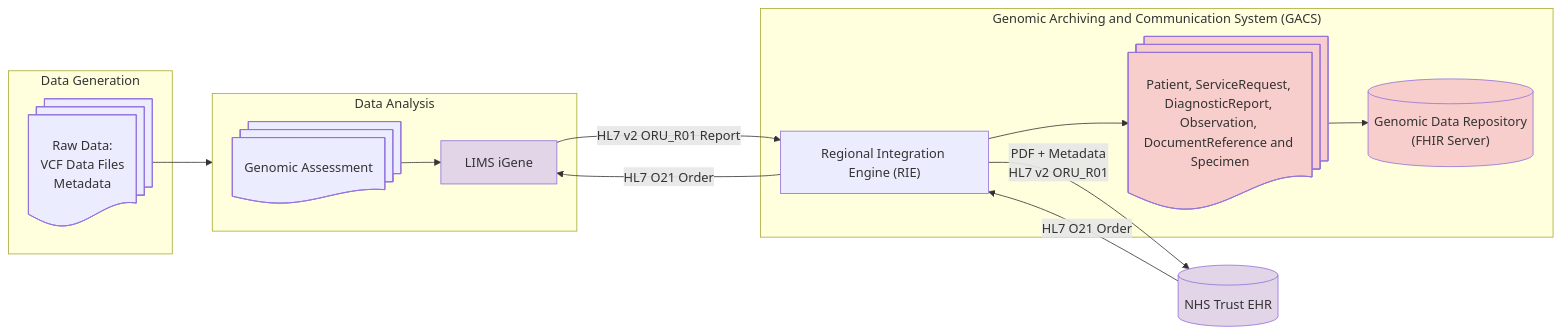
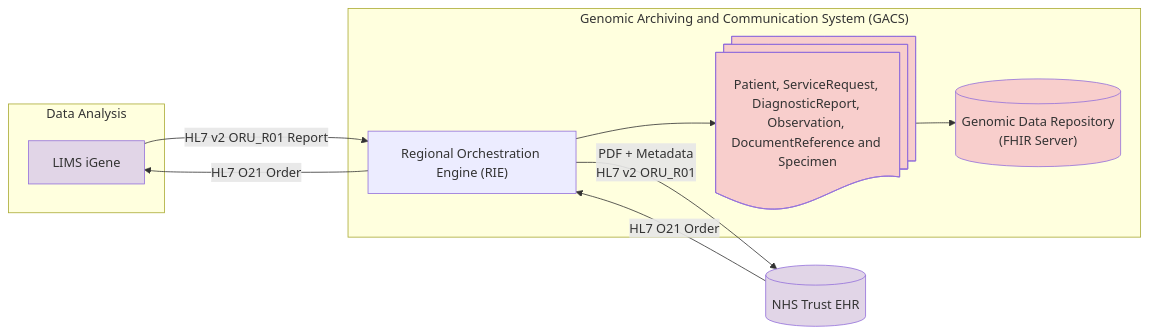
One commit to uk-gov-mirror/nw-gmsa.nw-gmsa.github.com changed the diagram in Design/phase1-datapipeline-NHSTrusts.mermaid. Above: the diagram before and after it, drawn with Mermaid. The commit also changed 4 other files, not shown here.

Commit message:
Added mermain diagrams from HIE Design

```diff
--- a/Design/phase1-datapipeline-NHSTrusts.mermaid
+++ b/Design/phase1-datapipeline-NHSTrusts.mermaid
@@ -1,48 +1,39 @@
 graph LR
 
-subgraph Gen ["Data Generation"];
 
-    Data@{ shape: docs, label: "Raw Data:<br/>VCF Data Files<br/>Metadata"}
-
-end
 
 subgraph Analysis[Data Analysis];
 
-    Assessment@{ shape: docs, label: "Genomic Assessment"}
-
     LIMS["LIMS iGene"]
-
-
-    Assessment --> LIMS
 
 end
 
 
 subgraph RIE["Genomic Archiving and Communication System (GACS)"];
 
-    Report["Regional Integration Engine (RIE)"]
+    Report["Regional Orchestration Engine (RIE)"]
     FHIRLIMS@{ shape: docs, label: "Patient, ServiceRequest, DiagnosticReport, Observation, DocumentReference and Specimen"}
 
     GDR@{ shape: cyl, label: "Genomic Data Repository<br/>(FHIR Server)"}
 end
 
-Data --> Analysis
+
 
 EPR@{ shape: cyl, label: "NHS Trust EHR"}
 
 
 LIMS --> |HL7 v2 ORU_R01 Report| Report
 Report --> |HL7 O21 Order| LIMS
 Report --> |PDF + Metadata<br/>HL7 v2 ORU_R01| EPR
 EPR --> |HL7 O21 Order| Report
 Report --> FHIRLIMS
 FHIRLIMS --> GDR
 
 
 
 classDef purple fill:#E1D5E7;
 classDef pink fill:#F8CECC;
 
 class EPR,TIE,LIMS,DC,Registry purple;
 
 class GDR,FHIRLIMS pink;
```
